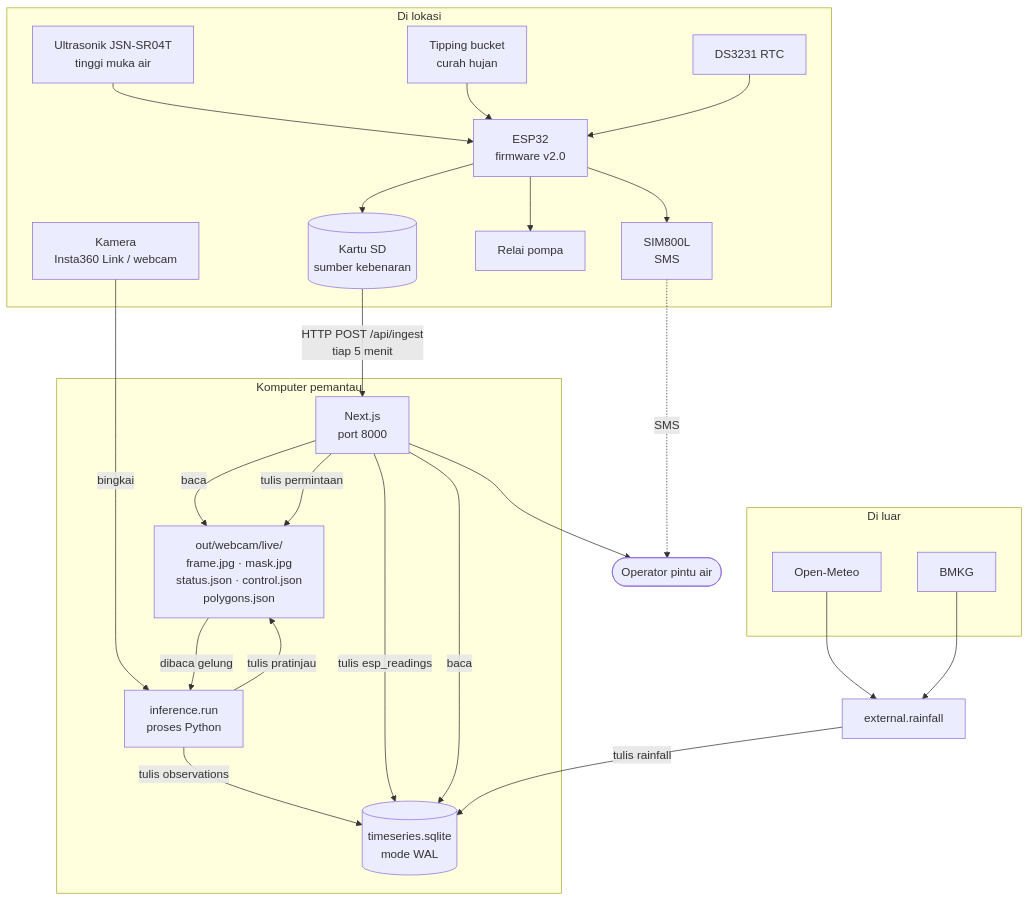
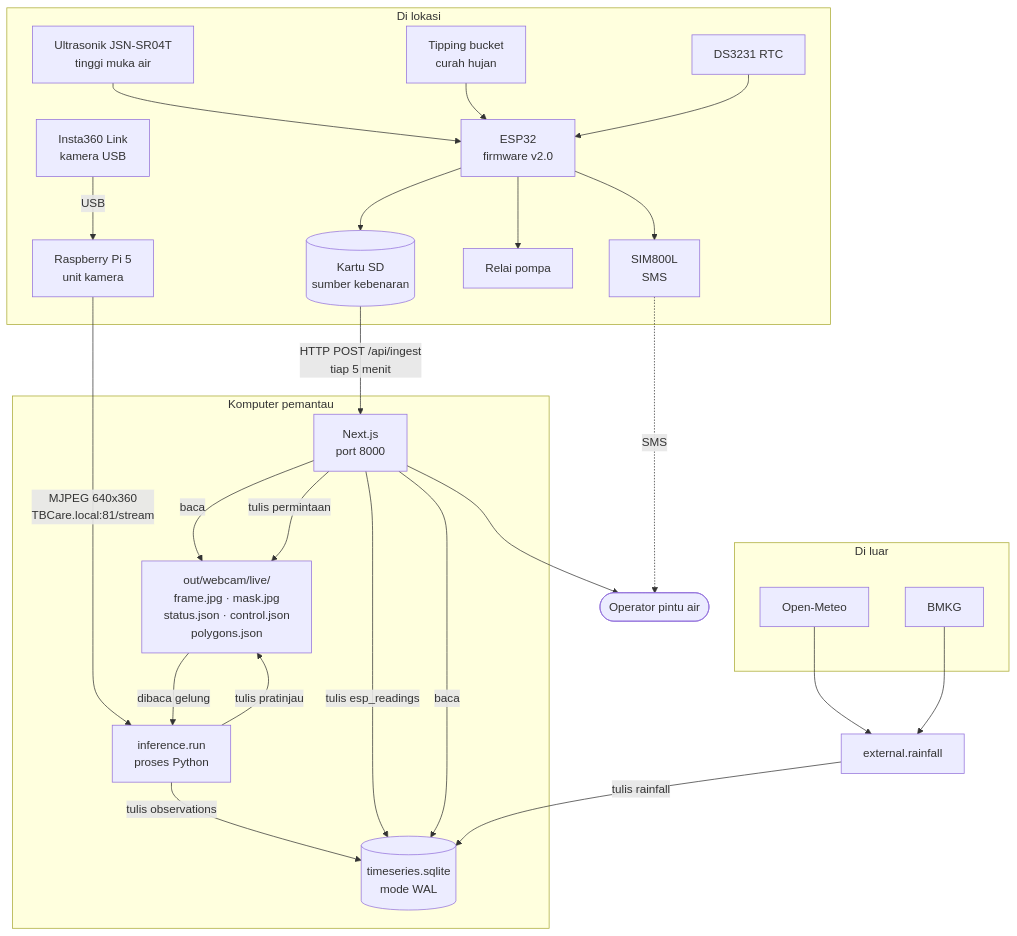
The first of 8 diagrams in docs/laporan/03-arsitektur.md (henray404/syurel-website), drawn with Mermaid before and after one commit. The commit also changed other lines of this file and 41 other files, not shown here.

````diff
--- a/docs/laporan/03-arsitektur.md
+++ b/docs/laporan/03-arsitektur.md
@@ -11,49 +11,51 @@
 ```mermaid
 graph TB
     subgraph LAPANGAN["Di lokasi"]
         US["Ultrasonik JSN-SR04T<br/>tinggi muka air"]
         TB["Tipping bucket<br/>curah hujan"]
         RTC["DS3231 RTC"]
         ESP["ESP32<br/>firmware v2.0"]
         SD[("Kartu SD<br/>sumber kebenaran")]
         SIM["SIM800L<br/>SMS"]
         RLY["Relai pompa"]
-        CAM["Kamera<br/>Insta360 Link / webcam"]
+        CAM["Insta360 Link<br/>kamera USB"]
+        PI["Raspberry Pi 5<br/>unit kamera"]
     end
 
     subgraph KOMPUTER["Komputer pemantau"]
         INF["inference.run<br/>proses Python"]
         DB[("timeseries.sqlite<br/>mode WAL")]
         LIVE["out/webcam/live/<br/>frame.jpg · mask.jpg<br/>status.json · control.json<br/>polygons.json"]
         WEB["Next.js<br/>port 8000"]
     end
 
     subgraph LUAR["Di luar"]
         OM["Open-Meteo"]
         BMKG["BMKG"]
     end
 
     OPR(["Operator pintu air"])
 
     US --> ESP
     TB --> ESP
     RTC --> ESP
     ESP --> SD
     ESP --> SIM
     ESP --> RLY
     SIM -.SMS.-> OPR
 
     SD -->|"HTTP POST /api/ingest<br/>tiap 5 menit"| WEB
-    CAM -->|"bingkai"| INF
+    CAM -->|"USB"| PI
+    PI -->|"MJPEG 640x360<br/>TBCare.local:81/stream"| INF
     INF -->|"tulis observations"| DB
     INF -->|"tulis pratinjau"| LIVE
     WEB -->|"tulis esp_readings"| DB
     WEB -->|"baca"| DB
     WEB -->|"baca"| LIVE
     WEB -->|"tulis permintaan"| LIVE
     LIVE -->|"dibaca gelung"| INF
     OM --> RAIN["external.rainfall"]
     BMKG --> RAIN
     RAIN -->|"tulis rainfall"| DB
     WEB --> OPR
 ```
````
